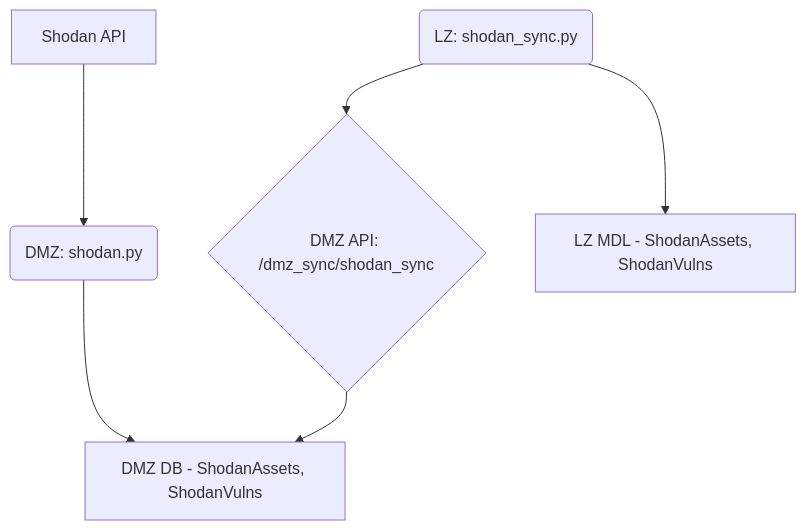
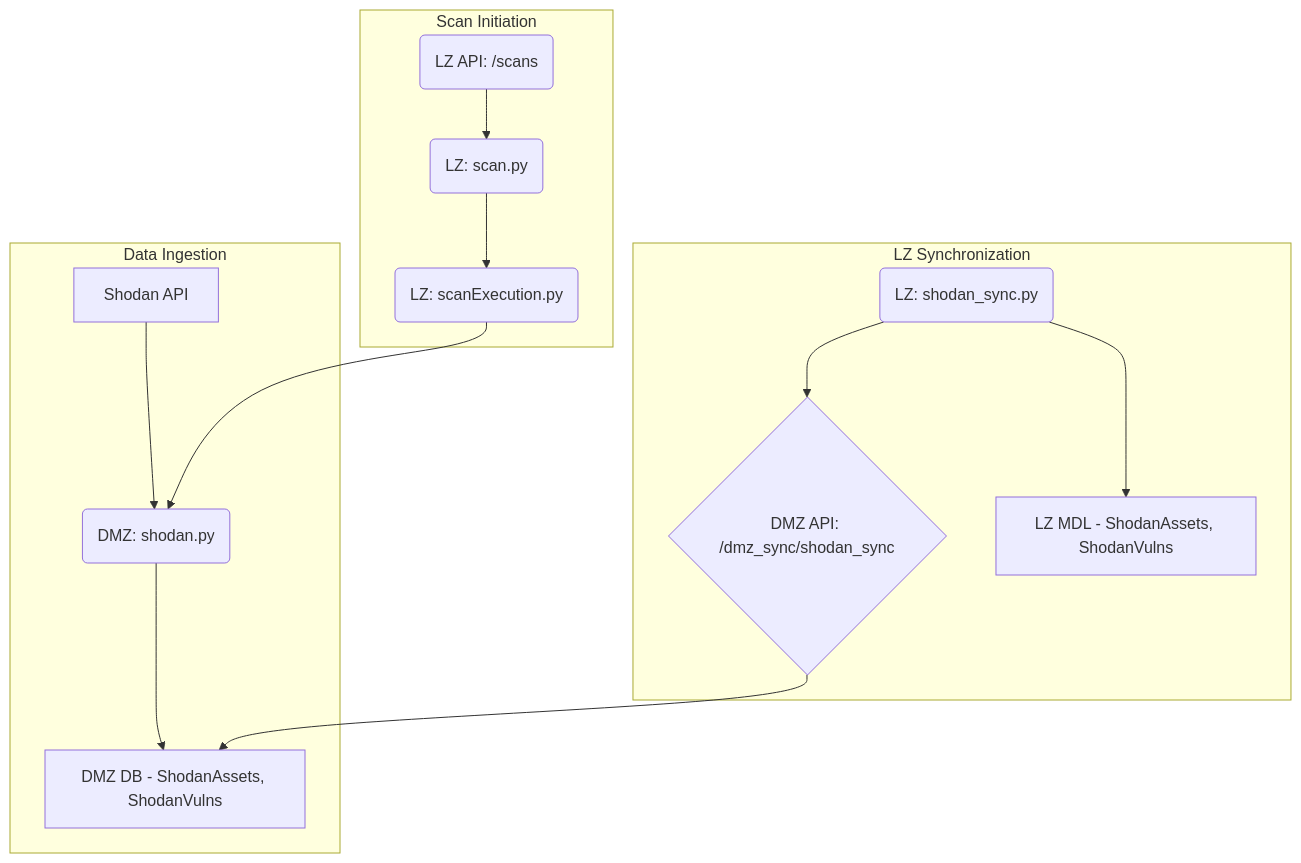
Before and after one commit to t3l3ut3/XFD: the seventh of 10 diagrams in DATA_FLOW.md, drawn with Mermaid. The commit also changed other lines of this file, not shown here.

Commit message:
Docs: Update Shodan data flow in DATA_FLOW.md
Updated the Shodan data flow diagram and explanation in DATA_FLOW.md to include the scan initiation process, which involves scan.py and scanExecution.py.

````diff
--- a/DATA_FLOW.md
+++ b/DATA_FLOW.md
@@ -190,8 +190,17 @@
 ```mermaid
 graph TD
-    A[Shodan API] --> B(DMZ: shodan.py);
-    B --> C[DMZ DB - ShodanAssets, ShodanVulns];
-    D(LZ: shodan_sync.py) --> E{DMZ API: /dmz_sync/shodan_sync};
-    E --> C;
-    D --> F[LZ MDL - ShodanAssets, ShodanVulns];
+    subgraph Scan Initiation
+        G(LZ API: /scans) --> H(LZ: scan.py);
+        H --> I(LZ: scanExecution.py);
+    end
+    subgraph Data Ingestion
+        A[Shodan API] --> B(DMZ: shodan.py);
+        B --> C[DMZ DB - ShodanAssets, ShodanVulns];
+    end
+    subgraph LZ Synchronization
+        D(LZ: shodan_sync.py) --> E{DMZ API: /dmz_sync/shodan_sync};
+        E --> C;
+        D --> F[LZ MDL - ShodanAssets, ShodanVulns];
+    end
+    I --> B;
 ```
````
